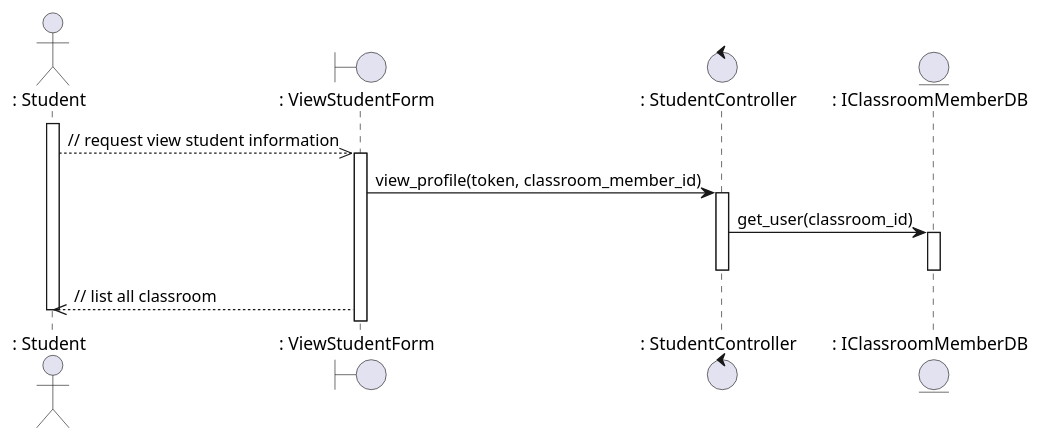
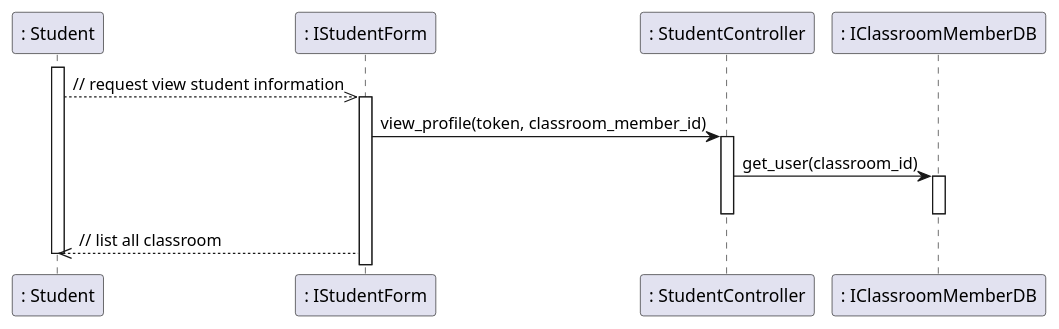
One commit to anonyhostvn/OOAD-Diagram changed the diagram in sequence - design/student/viewStudent.plantuml. Above: the diagram before and after it, drawn with PlantUML. The commit also changed 5 other files, not shown here.

```diff
--- a/sequence - design/student/viewStudent.plantuml
+++ b/sequence - design/student/viewStudent.plantuml
@@ -1,20 +1,14 @@
 @startuml viewStudent
-
-actor ": Student"
-boundary ": ViewStudentForm"
-control ": StudentController"
-entity ": IClassroomMemberDB"
-
 activate ": Student"
-": Student" -->> ": ViewStudentForm": // request view student information
-activate ": ViewStudentForm"
-": ViewStudentForm" -> ": StudentController": view_profile(token, classroom_member_id)
+": Student" -->> ": IStudentForm": // request view student information
+activate ": IStudentForm"
+": IStudentForm" -> ": StudentController": view_profile(token, classroom_member_id)
 activate ": StudentController"
 ": StudentController" -> ": IClassroomMemberDB": get_user(classroom_id)
 activate ": IClassroomMemberDB"
 deactivate ": IClassroomMemberDB"
 deactivate ": StudentController"
-": ViewStudentForm" -->> ": Student": // list all classroom
+": IStudentForm" -->> ": Student": // list all classroom
 deactivate ": Student"
 
 @enduml
```
